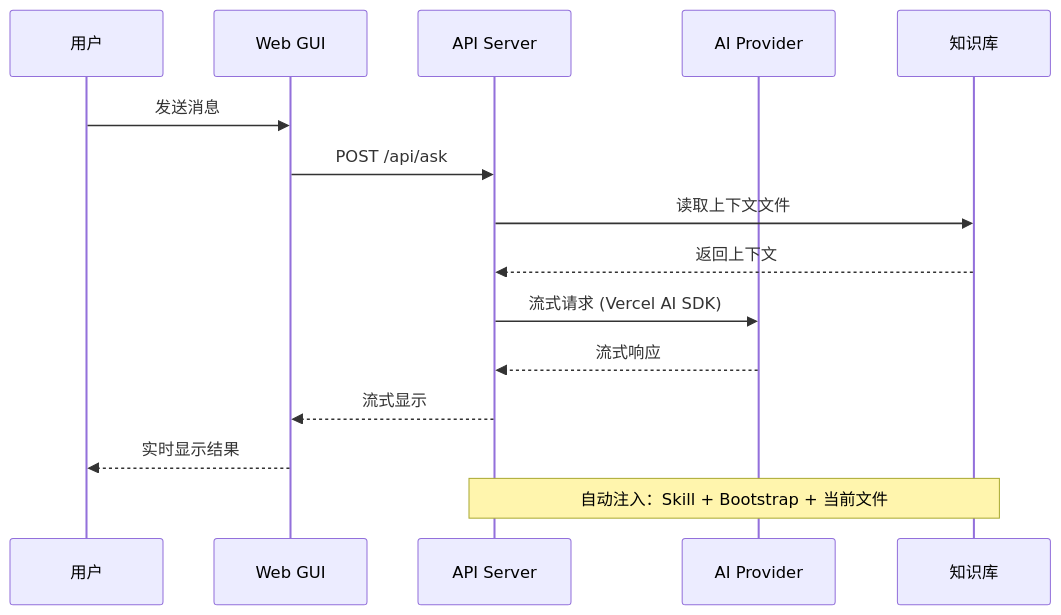
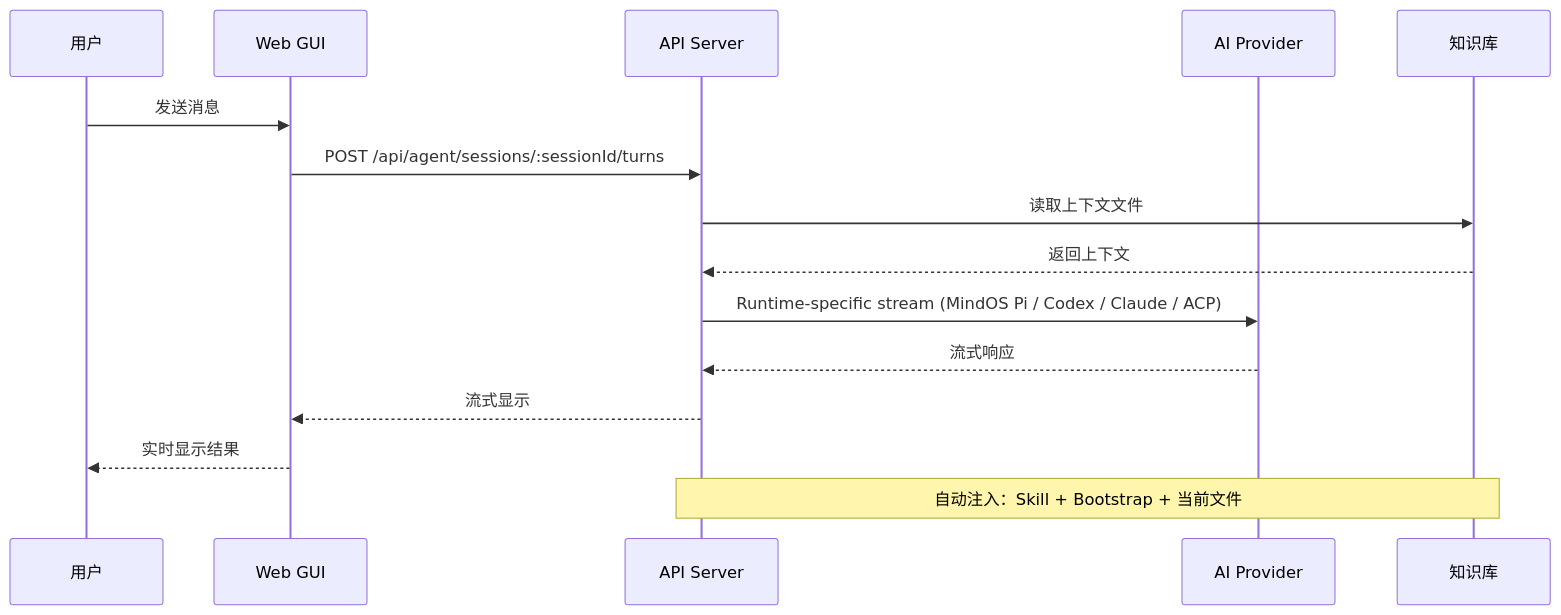
Before and after one commit to GeminiLight/MindOS: the second of 12 diagrams in wiki/architecture-diagrams.md, drawn with Mermaid. The commit also changed 4 other files, not shown here.

Commit message:
docs(agent): refresh current agent architecture references

````diff
--- a/wiki/architecture-diagrams.md
+++ b/wiki/architecture-diagrams.md
@@ -49,19 +49,19 @@
 ```mermaid
 sequenceDiagram
     participant U as 用户
     participant G as Web GUI
     participant A as API Server
     participant AI as AI Provider
     participant KB as 知识库
     
     U->>G: 发送消息
-    G->>A: POST /api/ask
+    G->>A: POST /api/agent/sessions/:sessionId/turns
     A->>KB: 读取上下文文件
     KB-->>A: 返回上下文
-    A->>AI: 流式请求 (Vercel AI SDK)
+    A->>AI: Runtime-specific stream (MindOS Pi / Codex / Claude / ACP)
     AI-->>A: 流式响应
     A-->>G: 流式显示
     G-->>U: 实时显示结果
     
     Note over A,KB: 自动注入：Skill + Bootstrap + 当前文件
 ```
````
